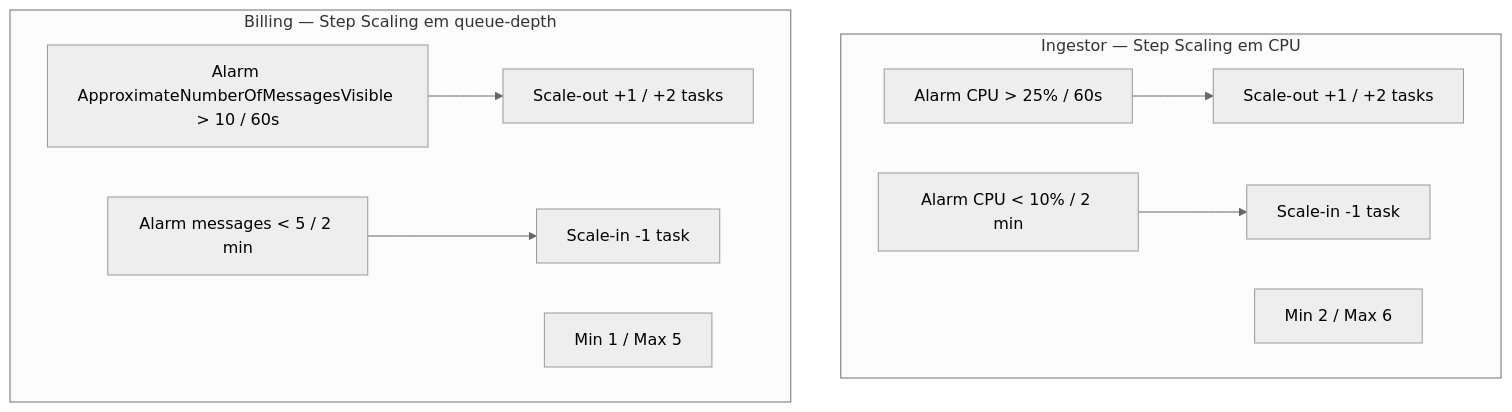
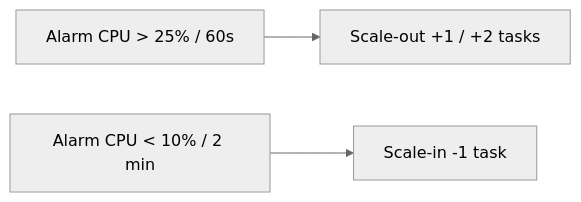
Before and after one commit to devsuperior/desacoplando-com-mensageria-aws-sqs: the second of 2 diagrams in README.md, drawn with Mermaid (neutral theme). The commit also changed other lines of this file and 2 other files, not shown here.

````diff
--- a/README.md
+++ b/README.md
@@ -37,13 +36,5 @@
 ```mermaid
-graph TB
-    subgraph Ingestor["Ingestor — Step Scaling em CPU"]
-        I1[Alarm CPU > 25% / 60s] --> I2[Scale-out +1 / +2 tasks]
-        I3[Alarm CPU < 10% / 2 min] --> I4[Scale-in -1 task]
-        I5[Min 2 / Max 6]
-    end
-    subgraph Billing["Billing — Step Scaling em queue-depth"]
-        B1[Alarm ApproximateNumberOfMessagesVisible > 10 / 60s] --> B2[Scale-out +1 / +2 tasks]
-        B3[Alarm messages &lt; 5 / 2 min] --> B4[Scale-in -1 task]
-        B5[Min 1 / Max 5]
-    end
+graph LR
+    Alarm1[Alarm CPU > 25% / 60s] --> Out[Scale-out +1 / +2 tasks]
+    Alarm2[Alarm CPU < 10% / 2 min] --> In[Scale-in -1 task]
 ```
````
